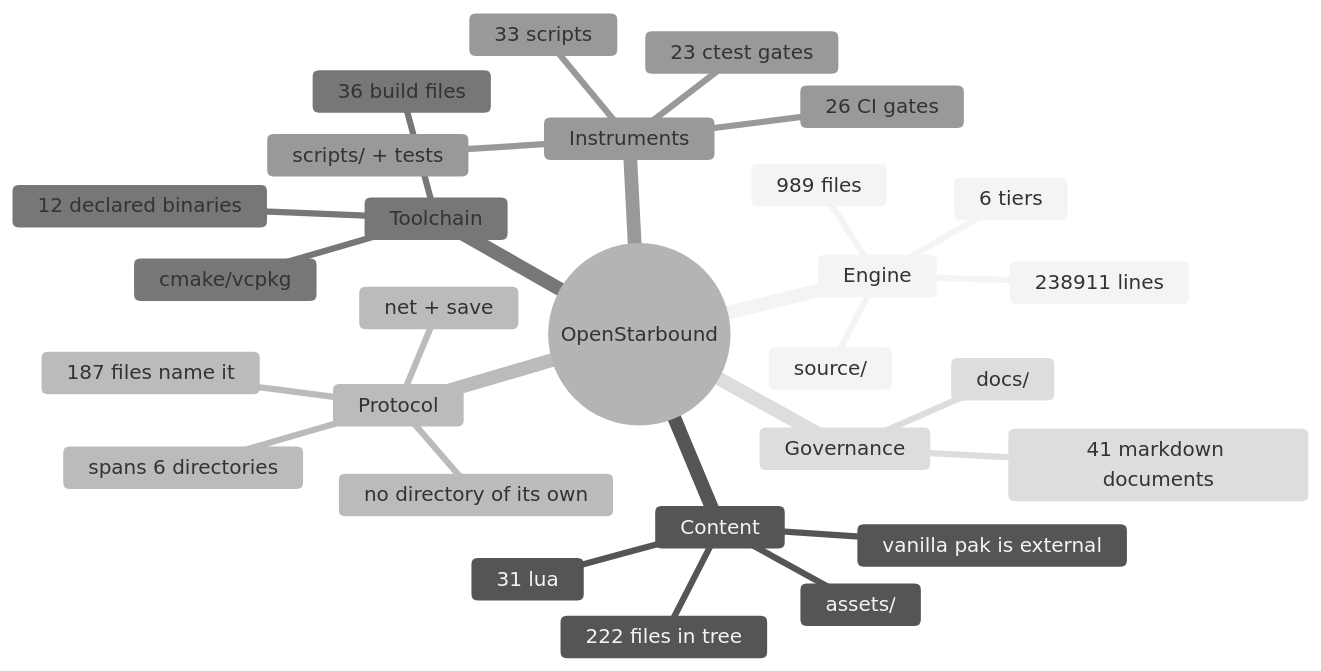
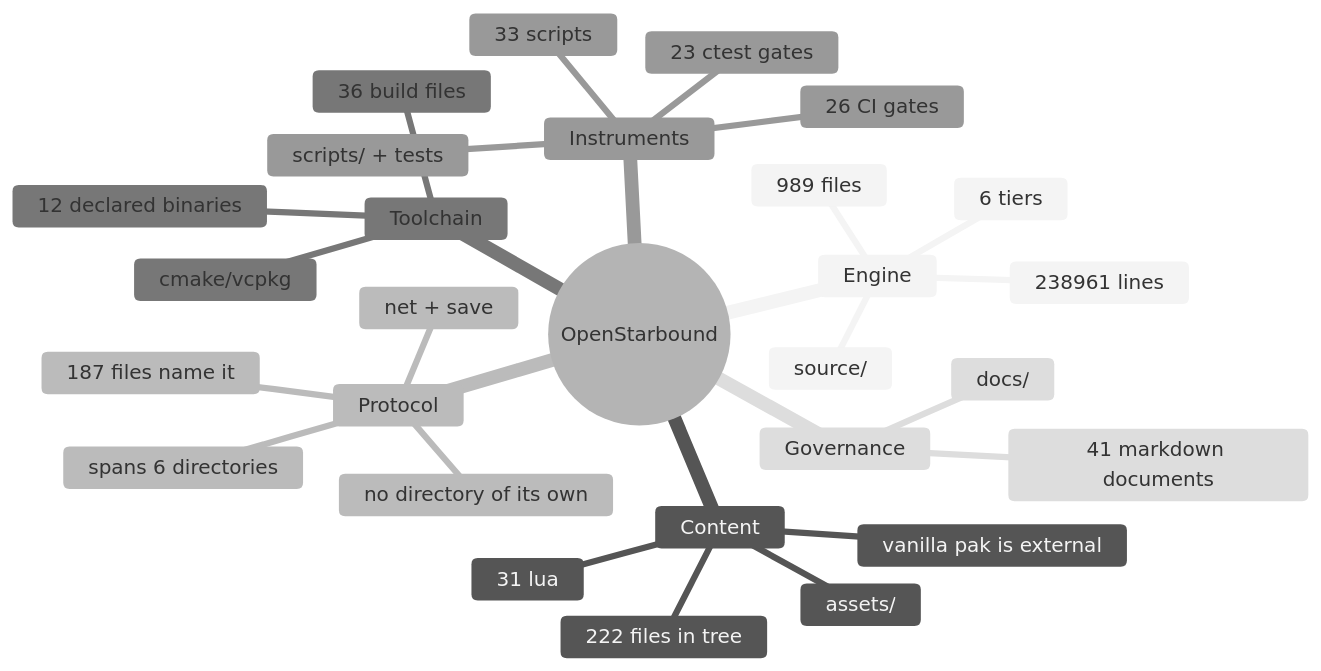
The second of 11 diagrams in docs/architecture/system-boundaries.md (apnex/OpenStarbound), drawn with Mermaid (neutral theme) before and after one commit. The commit also changed other lines of this file and 2 other files, not shown here.

````diff
--- a/docs/architecture/system-boundaries.md
+++ b/docs/architecture/system-boundaries.md
@@ -166,31 +166,31 @@
 ```mermaid
 mindmap
   root((OpenStarbound))
     Engine
       source/
       989 files
-      238911 lines
+      238961 lines
       6 tiers
     Content
       assets/
       222 files in tree
       31 lua
       vanilla pak is external
     Protocol
       net + save
       187 files name it
       spans 6 directories
       no directory of its own
     Toolchain
       cmake/vcpkg
       36 build files
       12 declared binaries
     Instruments
       scripts/ + tests
       33 scripts
       23 ctest gates
       26 CI gates
     Governance
       docs/
       41 markdown documents
 ```
````
